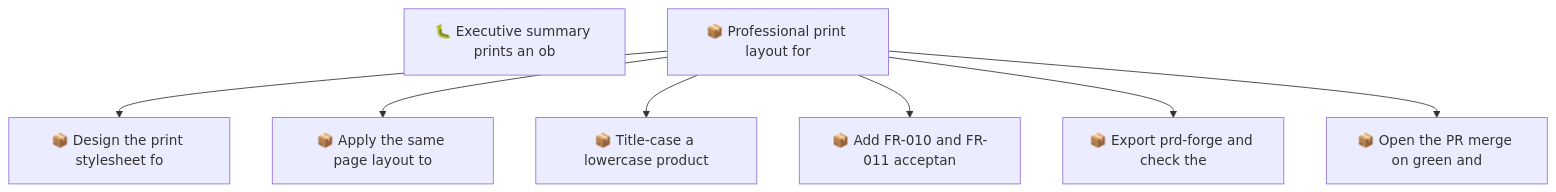
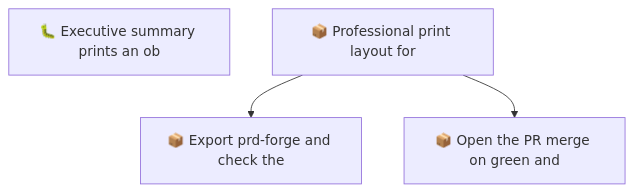
The second of 2 diagrams in docs/roadmap.md (SpillwaveSolutions/prd-forge-viewer), drawn with Mermaid before and after one commit. The commit also changed other lines of this file and 27 other files, not shown here.

First line of the commit message:
feat: professional page layout for PDF and Word exports (#228)

````diff
--- a/docs/roadmap.md
+++ b/docs/roadmap.md
@@ -73,17 +67,9 @@
 ```mermaid
 graph TD
     01M6HNNFB76PGJKVMB2YYJ95N9["🐛 Executive summary prints an ob"]
     01M7JYNEDBP6V12CES431GFAF6["📦 Professional print layout for"]
-    01M7JYNEEAE60FVW4Z9HH8SAX9["📦 Design the print stylesheet fo"]
-    01M7JYNEEB98P8ZRP6935B5AR6["📦 Apply the same page layout to"]
-    01M7JYNEEB98P8ZRP6935B5AR8["📦 Title-case a lowercase product"]
-    01M7JYNEECM7V957HNK5G96QV3["📦 Add FR-010 and FR-011 acceptan"]
     01M7JYNEECM7V957HNK5G96QV5["📦 Export prd-forge and check the"]
     01M7JYNEECM7V957HNK5G96QV7["📦 Open the PR merge on green and"]
-    01M7JYNEDBP6V12CES431GFAF6 --> 01M7JYNEEAE60FVW4Z9HH8SAX9
-    01M7JYNEDBP6V12CES431GFAF6 --> 01M7JYNEEB98P8ZRP6935B5AR6
-    01M7JYNEDBP6V12CES431GFAF6 --> 01M7JYNEEB98P8ZRP6935B5AR8
-    01M7JYNEDBP6V12CES431GFAF6 --> 01M7JYNEECM7V957HNK5G96QV3
     01M7JYNEDBP6V12CES431GFAF6 --> 01M7JYNEECM7V957HNK5G96QV5
     01M7JYNEDBP6V12CES431GFAF6 --> 01M7JYNEECM7V957HNK5G96QV7
 ```
````
